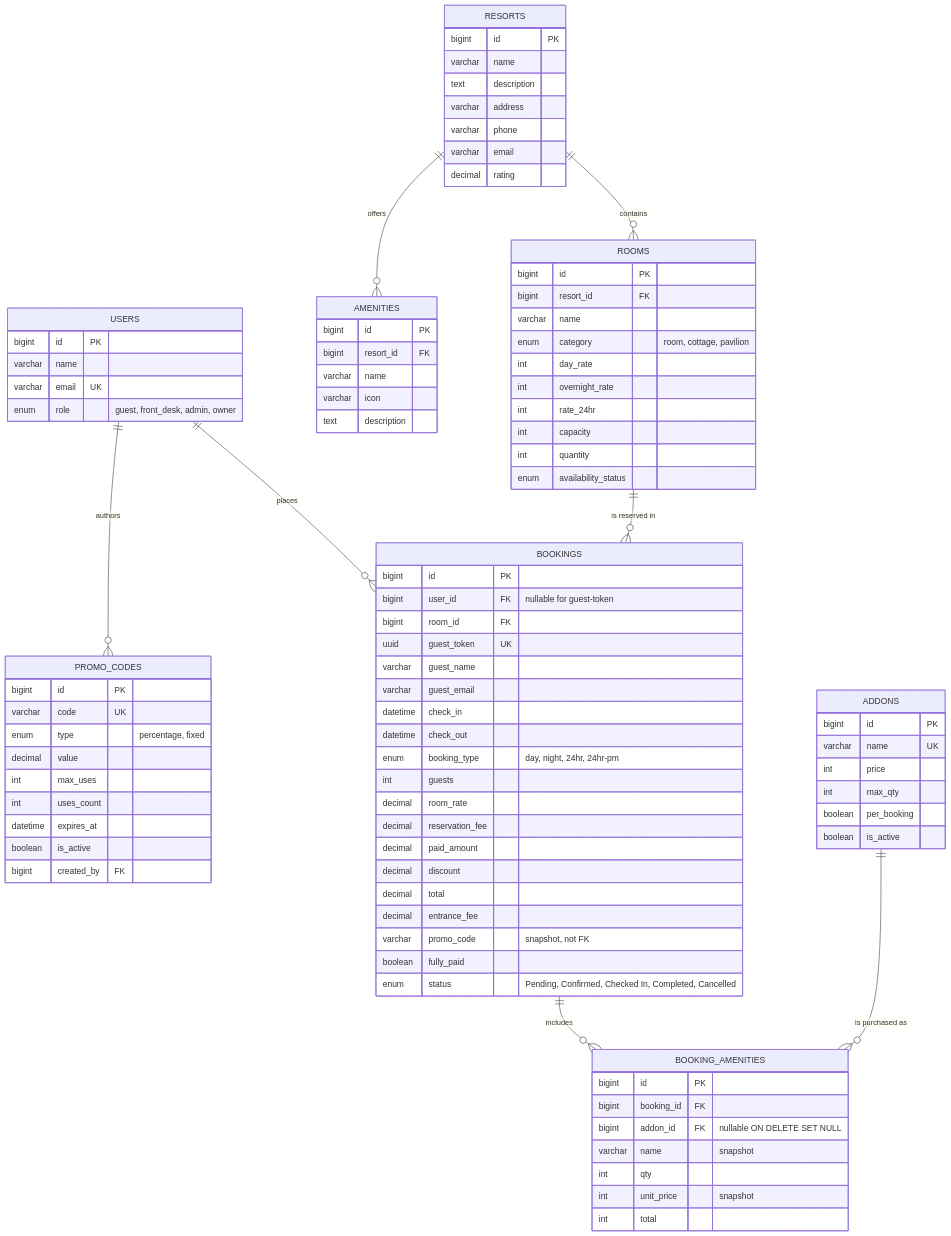
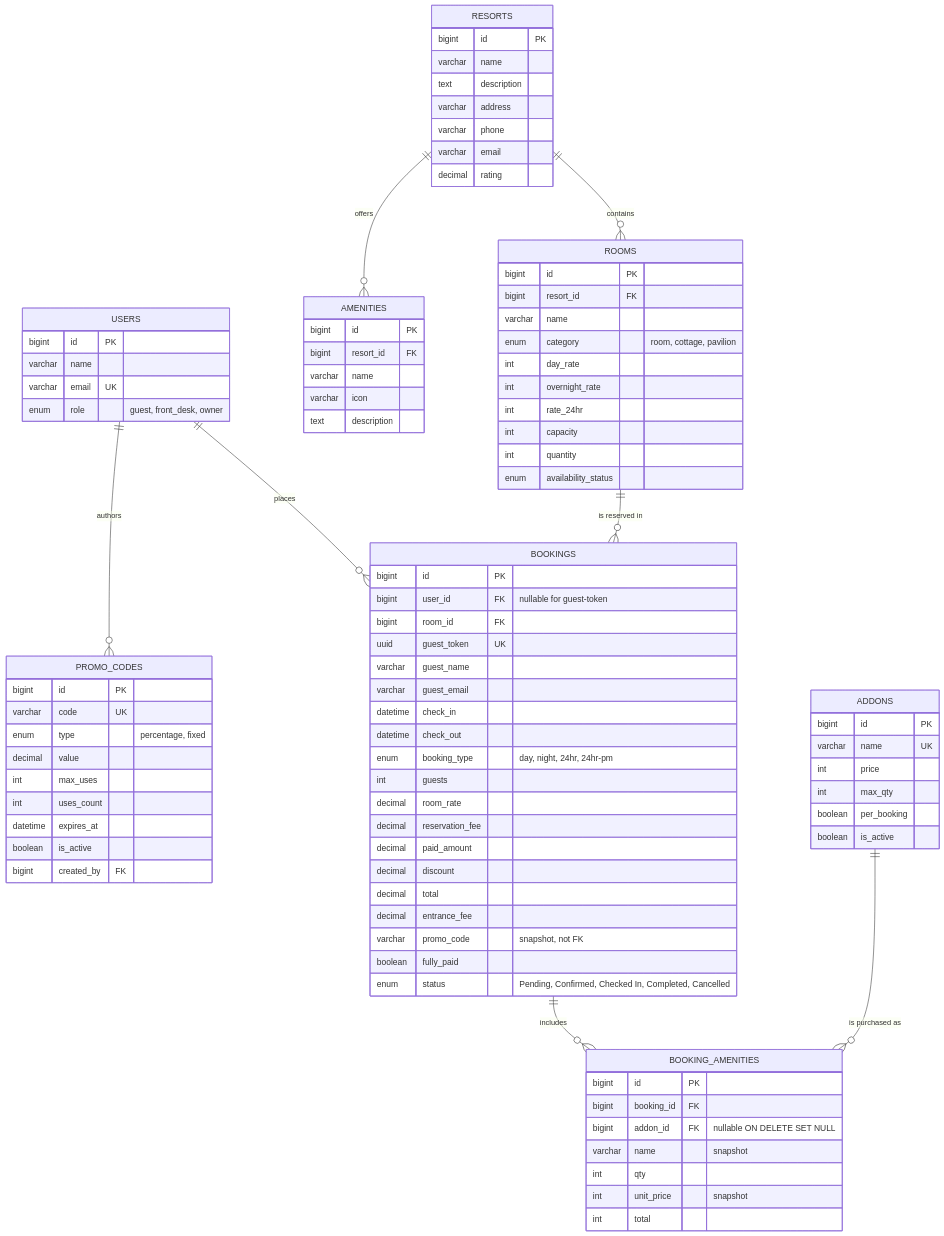
The diagram in docs/erd/01-booking-payment.mermaid.md (rawarcode/AplayAccess), drawn with Mermaid before and after one commit. The commit also changed 4 other files, not shown here.

First line of the commit message:
fix(erd): remove stale "admin" role from user_role enum

```diff
--- a/docs/erd/01-booking-payment.mermaid.md
+++ b/docs/erd/01-booking-payment.mermaid.md
@@ -16,7 +16,7 @@
         bigint id PK
         varchar name
         varchar email UK
-        enum role "guest, front_desk, admin, owner"
+        enum role "guest, front_desk, owner"
     }
 
     RESORTS {
```
